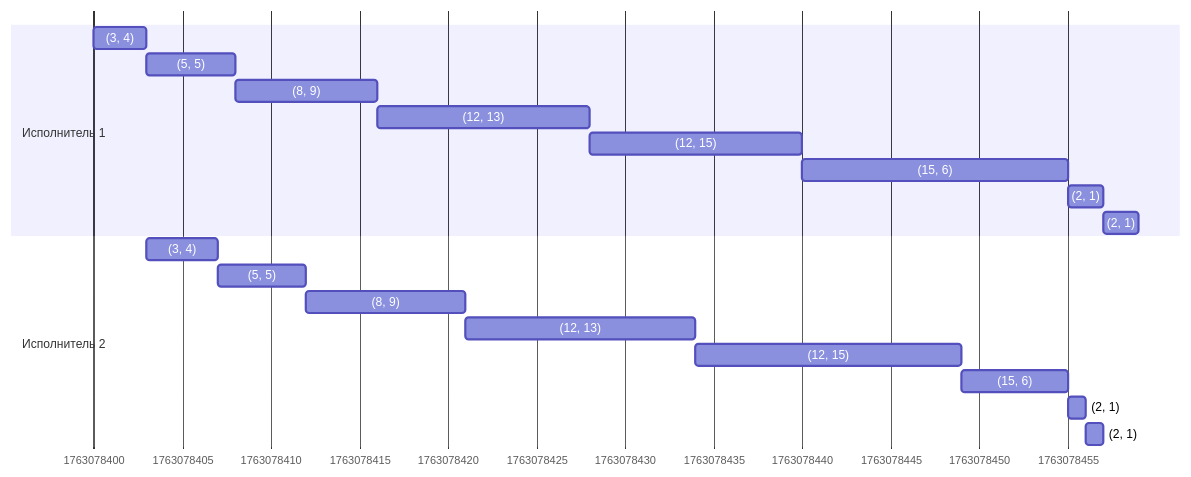
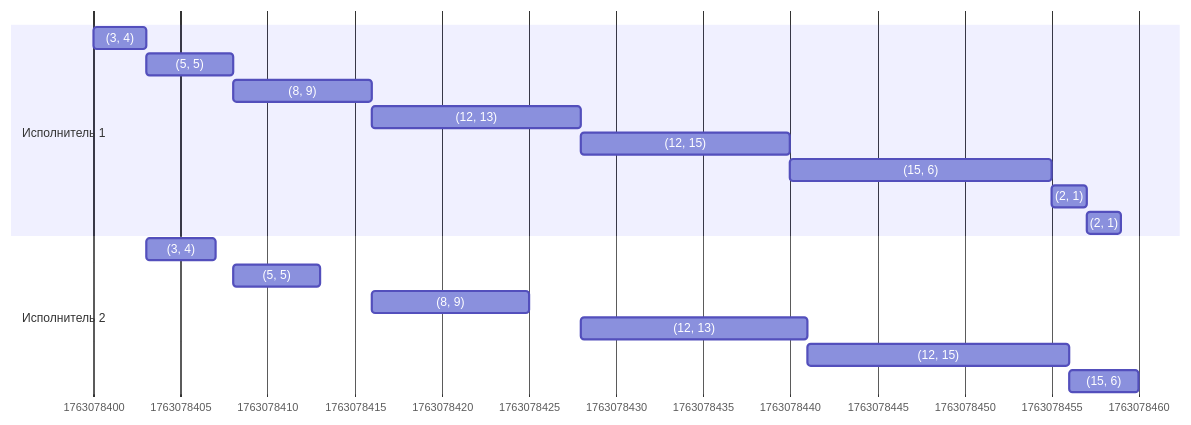
Before and after one commit to hse-algo-psapr-25/manual-tasks: the third of 4 diagrams in Задание 8/Skibidi.md, drawn with Mermaid. The commit also changed other lines of this file, not shown here.

Commit message:
Update Skibidi.md diagram

````diff
--- a/Задание 8/Skibidi.md
+++ b/Задание 8/Skibidi.md
@@ -96,23 +96,21 @@
 ```mermaid
 gantt
     dateFormat s
     axisFormat %s
     section Исполнитель 1
         (3, 4): a1, 0, 3s
         (5, 5): a2, 3, 5s
         (8, 9): a3, 8, 8s
         (12, 13): a4, 16, 12s
         (12, 15): a5, 28, 12s
         (15, 6): a6, 40, 15s
         (2, 1): a7, 55, 2s
         (2, 1): a8, 57, 2s
     section Исполнитель 2
         (3, 4): a1, 3, 4s
-        (5, 5): a2, 7, 5s
-        (8, 9): a3, 12, 9s
-        (12, 13): a4, 21, 13s
-        (12, 15): a5, 34, 15s
-        (15, 6): a6, 49, 6s
-        (2, 1): a7, 55, 1s
-        (2, 1): a8, 56, 1s
+        (5, 5): a2, 8, 5s
+        (8, 9): a3, 16, 9s
+        (12, 13): a4, 28, 13s
+        (12, 15): a5, 41, 15s
+        (15, 6): a6, 56, 4s
 ```
````
